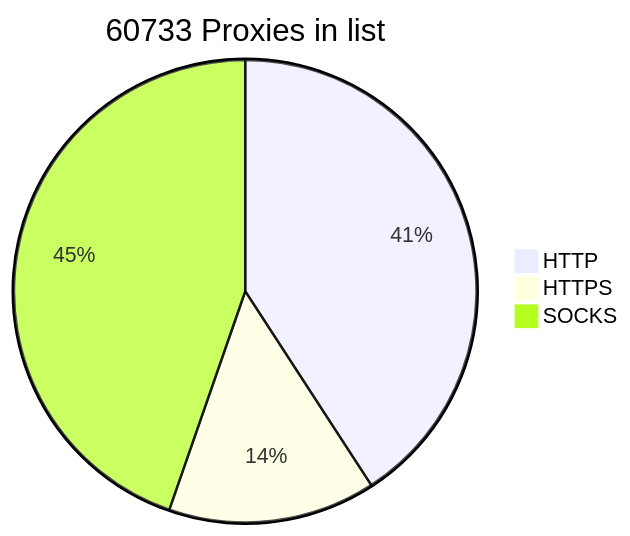
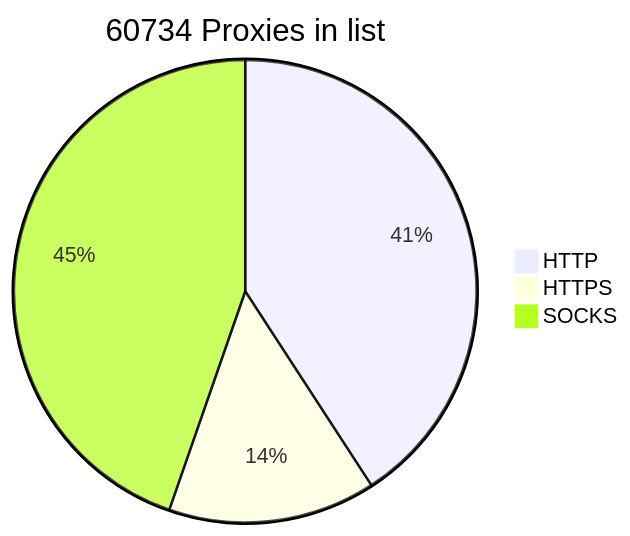
One commit to BlackSnowDot/proxylist-update-every-minute changed the diagram in README.md. Above: the diagram before and after it, drawn with Mermaid.

````diff
--- a/README.md
+++ b/README.md
@@ -2,6 +2,6 @@
 ```mermaid
-pie title 60733 Proxies in list
-    "HTTP" : 28089
-    "HTTPS": 9972
+pie title 60734 Proxies in list
+    "HTTP" : 28086
+    "HTTPS": 9975
     "SOCKS" : 30734
 ```
````
